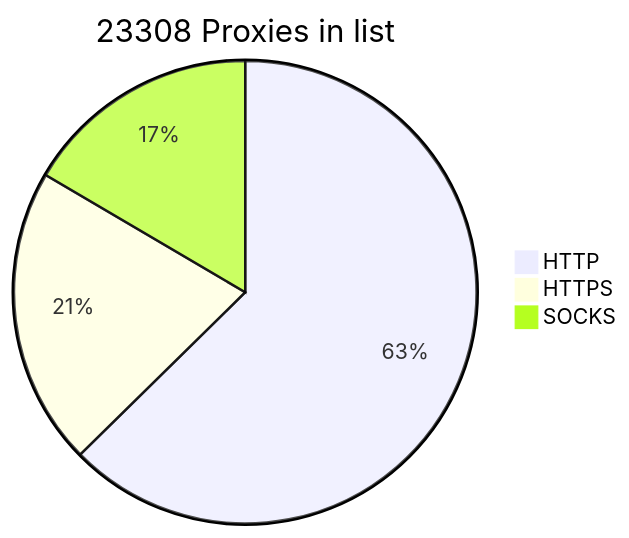
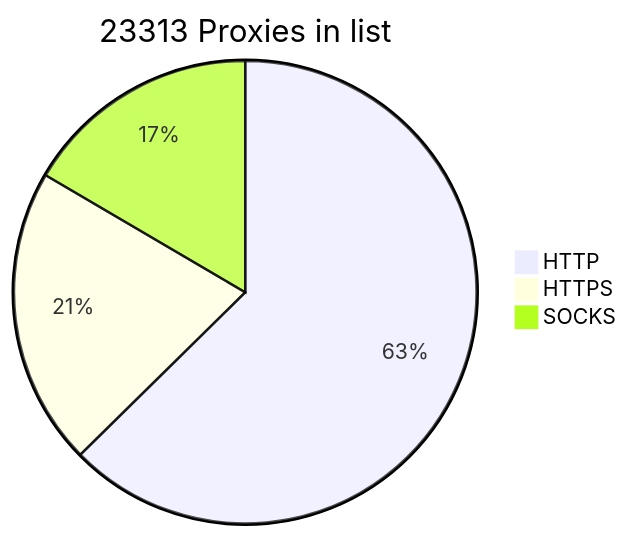
The diagram in README.md (BlackSnowDot/proxylist-update-every-minute), drawn with Mermaid before and after one commit.

````diff
--- a/README.md
+++ b/README.md
@@ -2,6 +2,6 @@
 ```mermaid
-pie title 23308 Proxies in list
-    "HTTP" : 16756
-    "HTTPS": 5570
-    "SOCKS" : 4426
+pie title 23313 Proxies in list
+    "HTTP" : 16754
+    "HTTPS": 5571
+    "SOCKS" : 4429
 ```
````
